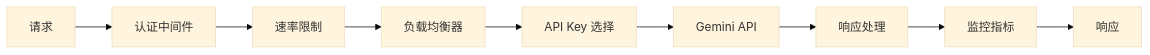
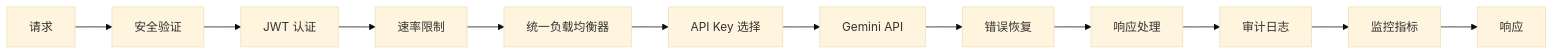
The second of 2 diagrams in CLAUDE.md (MAQSOODAWANhaha/gem-proxy), drawn with Mermaid (base theme) before and after one commit. The commit also changed other lines of this file and 21 other files, not shown here.

````diff
--- a/CLAUDE.md
+++ b/CLAUDE.md
@@ -91,11 +126,14 @@
 ```mermaid
 graph LR
-    A[请求] --> B[认证中间件]
-    B --> C[速率限制]
-    C --> D[负载均衡器]
-    D --> E[API Key 选择]
-    E --> F[Gemini API]
-    F --> G[响应处理]
-    G --> H[监控指标]
-    H --> I[响应]
+    A[请求] --> B[安全验证]
+    B --> C[JWT 认证]
+    C --> D[速率限制]
+    D --> E[统一负载均衡器]
+    E --> F[API Key 选择]
+    F --> G[Gemini API]
+    G --> H[错误恢复]
+    H --> I[响应处理]
+    I --> J[审计日志]
+    J --> K[监控指标]
+    K --> L[响应]
 ```
````
